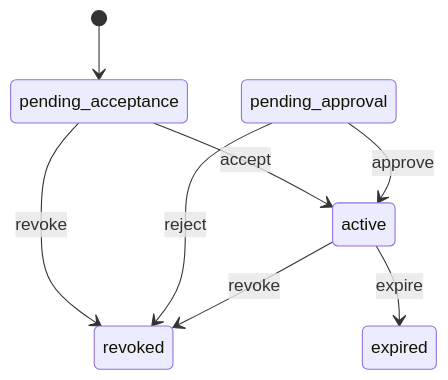
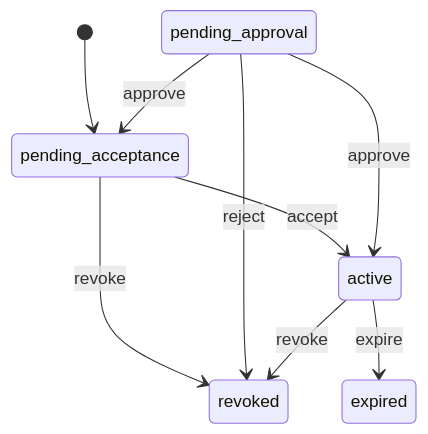
The third of 4 diagrams in docs/api/modules/access.md (Virus-777/ecommerce), drawn with Mermaid before and after one commit. The commit also changed other lines of this file and 152 other files, not shown here.

````diff
--- a/docs/api/modules/access.md
+++ b/docs/api/modules/access.md
@@ -525,10 +525,11 @@
 ```mermaid
 stateDiagram-v2
   [*] --> pending_acceptance
   pending_acceptance --> active: accept
   pending_acceptance --> revoked: revoke
   pending_approval --> active: approve
+  pending_approval --> pending_acceptance: approve
   pending_approval --> revoked: reject
   active --> revoked: revoke
   active --> expired: expire
 ```
````
